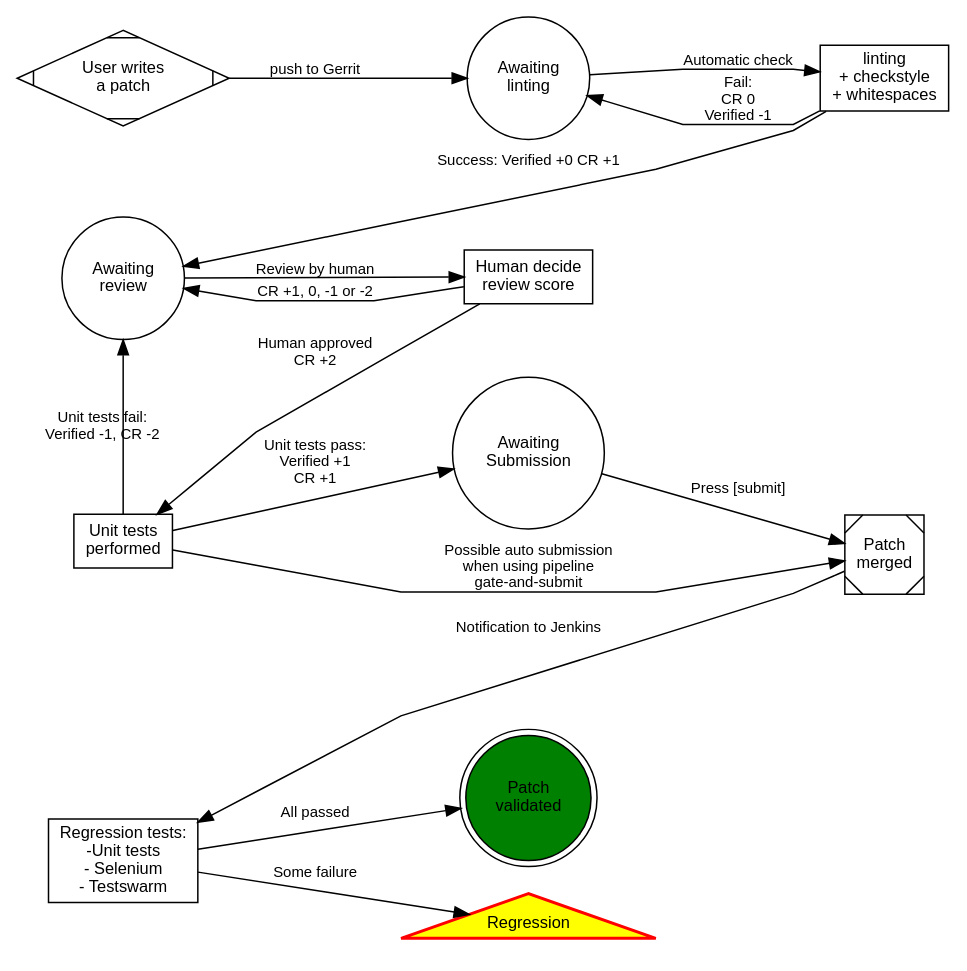
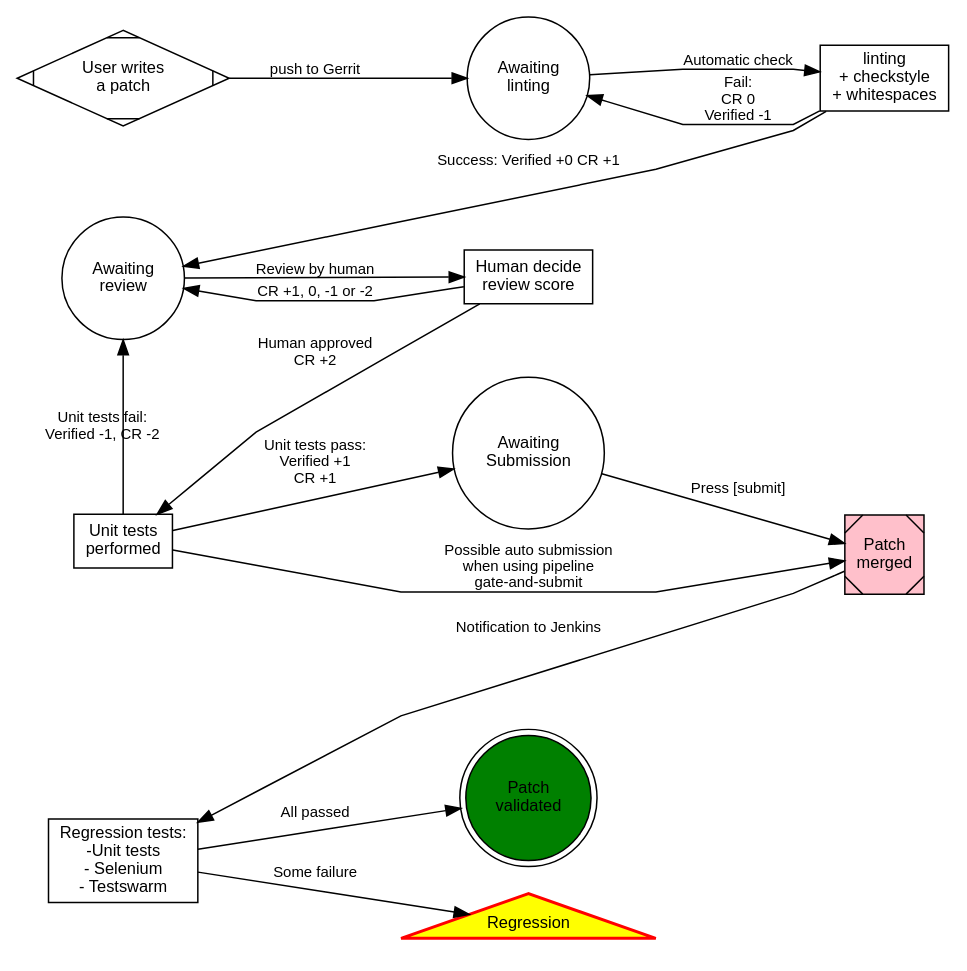
The diagram in workflow/workflow.dot (wikimedia/integration-doc), drawn with Graphviz before and after one commit. The commit also changed 1 other file, not shown here.

Commit message:
patch merged is now pink

```diff
--- a/workflow/workflow.dot
+++ b/workflow/workflow.dot
@@ -1,64 +1,69 @@
 digraph ci_workflow {
 
 	graph [ fontname=Arial, fontsize=12, splines=polyline ]
 	node  [ fontname=Arial, fontsize=11 ]
 	edge  [ fontname=Arial, fontsize=10 ]
 
 	// From left to right
     rankdir=LR;
 	// Default shape
 	node [shape = circle];
 
 	START [shape=Mdiamond label = "User writes\na patch" ];
 	WAIT_LINT   [ label = "Awaiting\nlinting" ];
 	START -> WAIT_LINT [ label = "push to Gerrit" ]
 
 	WAIT_LINT -> LINT_CHECK [ label = "Automatic check" ];
 
 	LINT_CHECK  [ shape=rect label = "linting\n+ checkstyle\n+ whitespaces" ];
 	LINT_CHECK -> WAIT_LINT [ label = "Fail:\nCR 0\nVerified -1" ];
 	LINT_CHECK -> LINTED [ label = "Success: Verified +0 CR +1" constraint=false ];
 
 	LINTED [ label = "Awaiting\nreview" ];
 
 	REVIEW [ shape=rect label = "Human decide\nreview score" ];
 	LINTED -> REVIEW [ label = "Review by human" ];
 	REVIEW -> LINTED [ label = "CR +1, 0, -1 or -2" ];
 
 	UNIT_TESTS [ shape=rect label = "Unit tests\nperformed" ];
 	REVIEW -> UNIT_TESTS [ label = "Human approved\nCR +2" constraint=false];
 
 	UNIT_TESTS -> LINTED [ label = "Unit tests fail:\nVerified -1, CR -2" constraint=false];
 
 	UNIT_TESTS -> WAIT_SUBMIT [ label = "Unit tests pass:\nVerified +1\nCR +1" ];
 
-	PATCH_MERGED [shape=Msquare label = "Patch\nmerged" ];
+	PATCH_MERGED [
+		shape=Msquare
+		label = "Patch\nmerged"
+		style="filled"
+		fillcolor="pink"
+	];
 
 	WAIT_SUBMIT -> PATCH_MERGED [ label = "Press [submit]" ];
 	WAIT_SUBMIT [ label ="Awaiting\nSubmission" ];
 
 	UNIT_TESTS -> PATCH_MERGED [ label = "Possible auto submission\nwhen using pipeline\ngate-and-submit"];
 
 	REGRESSION_TESTS [
 		shape=rect
 		label="Regression tests:\n-Unit tests\n- Selenium\n- Testswarm"
 	];
 	PATCH_MERGED -> REGRESSION_TESTS [ label="Notification to Jenkins" constraint=false ];
 
 	SUCCESS [
 		label="Patch\nvalidated"
 		shape=doublecircle
 		style="filled"
 		fillcolor="green"
 	];
 	REGRESSION_TESTS -> SUCCESS [ label="All passed" ];
 
 	REGRESSION [
 		label="Regression"
 		shape=triangle
 		style="filled,bold"
 		fillcolor="yellow"
 		color="red"
 	];
 	REGRESSION_TESTS -> REGRESSION [ label="Some failure" ];
 }
```
